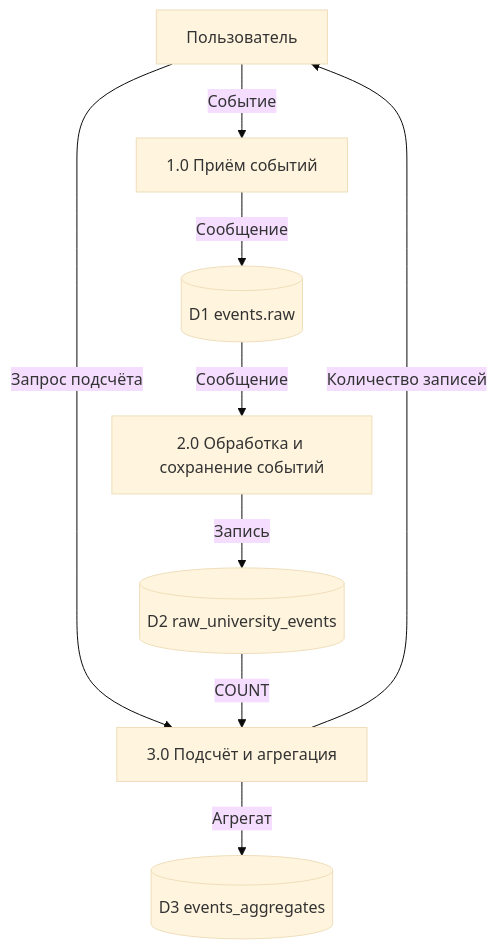
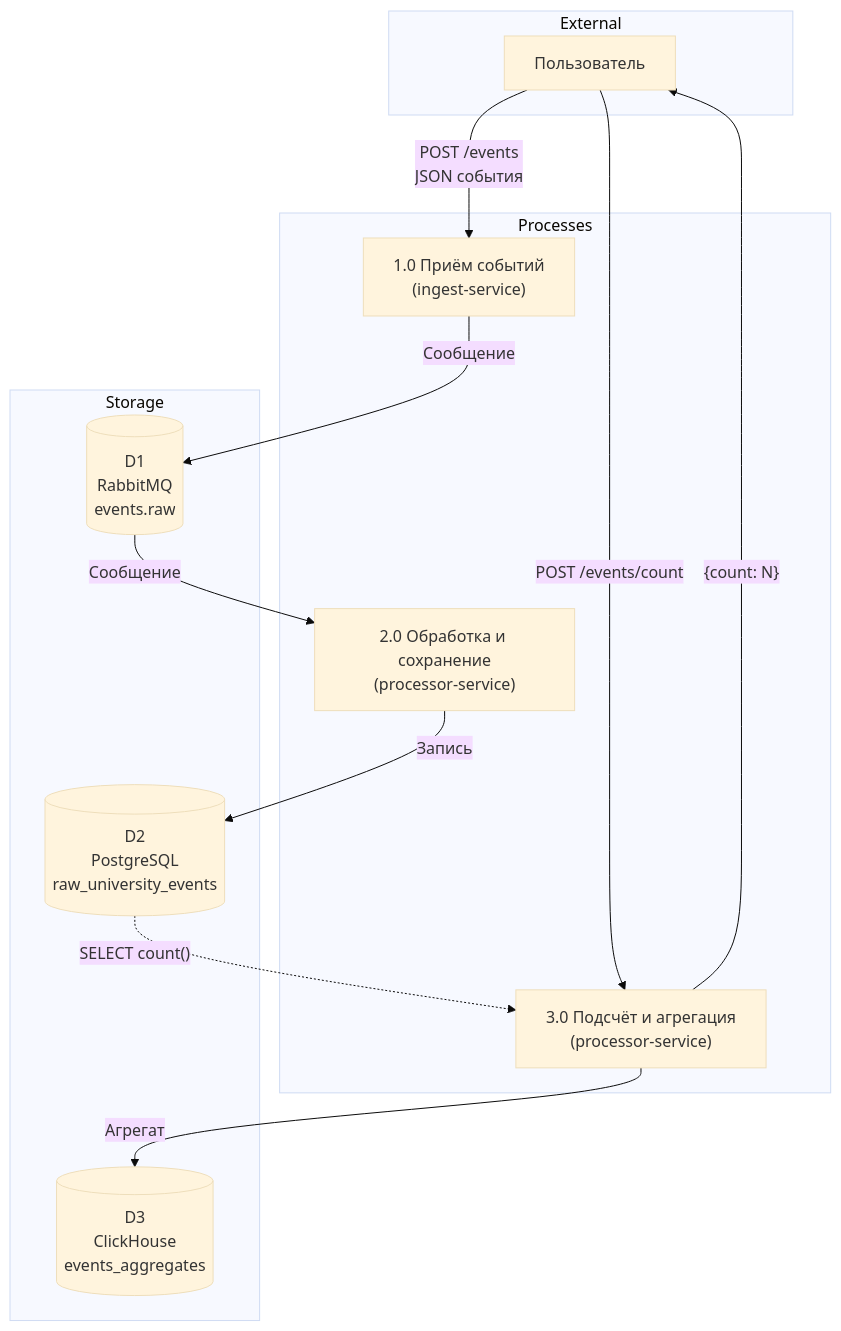
Before and after one commit to kmoxville/RKSP: the diagram in docs/dfd.md, drawn with Mermaid (base theme). The commit also changed other lines of this file and 2 other files, not shown here.

````diff
--- a/docs/dfd.md
+++ b/docs/dfd.md
@@ -32,19 +9,27 @@
 ```mermaid
 flowchart TB
-    User[Пользователь]
-    P1["1.0 Приём событий"]
-    P2["2.0 Обработка и сохранение событий"]
-    P3["3.0 Подсчёт и агрегация"]
-    D1[("D1 events.raw")]
-    D2[("D2 raw_university_events")]
-    D3[("D3 events_aggregates")]
+    subgraph External
+        User[Пользователь]
+    end
 
-    User -->|Событие| P1
+    subgraph Processes
+        P1["1.0 Приём событий<br/>(ingest-service)"]
+        P2["2.0 Обработка и сохранение<br/>(processor-service)"]
+        P3["3.0 Подсчёт и агрегация<br/>(processor-service)"]
+    end
+
+    subgraph Storage
+        D1[("D1<br/>RabbitMQ<br/>events.raw")]
+        D2[("D2<br/>PostgreSQL<br/>raw_university_events")]
+        D3[("D3<br/>ClickHouse<br/>events_aggregates")]
+    end
+
+    User -->|"POST /events<br/>JSON события"| P1
     P1 -->|Сообщение| D1
     D1 -->|Сообщение| P2
     P2 -->|Запись| D2
-    User -->|Запрос подсчёта| P3
-    D2 -->|COUNT| P3
+    User -->|"POST /events/count"| P3
+    D2 -.->|"SELECT count()"| P3
     P3 -->|Агрегат| D3
-    P3 -->|Количество записей| User
+    P3 -->|"{count: N}"| User
 ```
````
